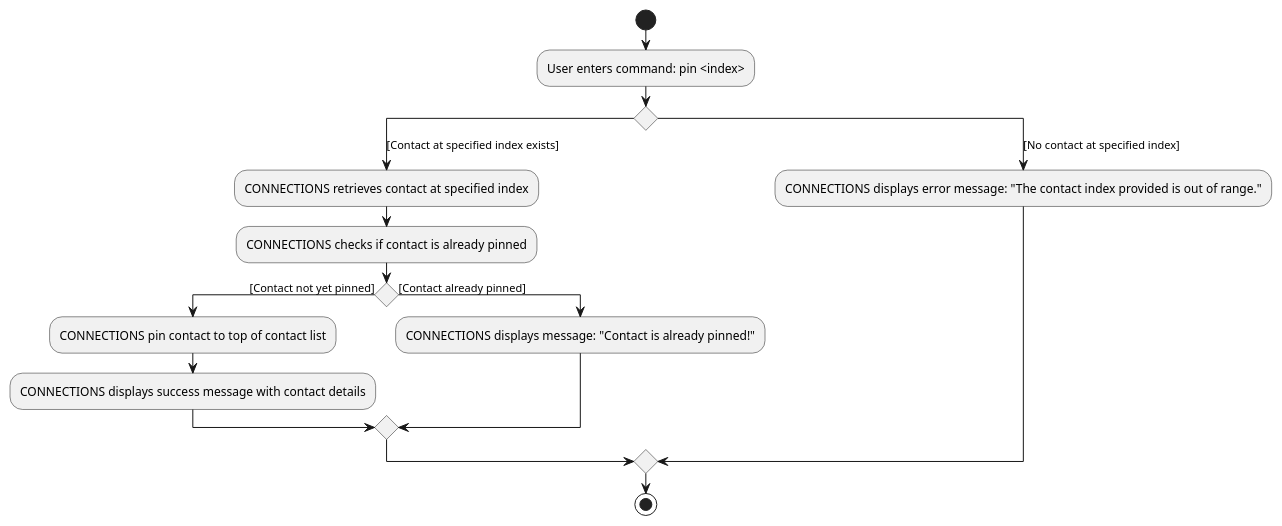
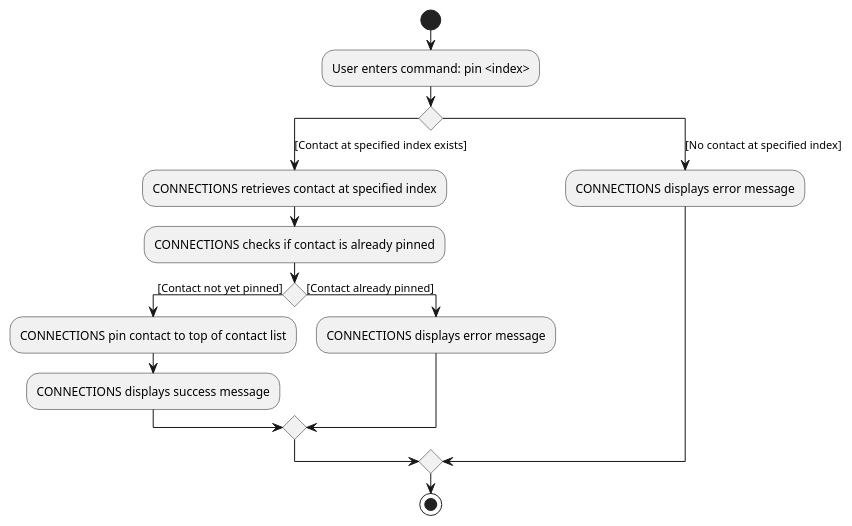
The diagram in docs/diagrams/PinActivityDiagram.puml (nus-cs2103-AY2122S1/tp), drawn with PlantUML before and after one commit. The commit also changed 3 other files, not shown here.

```diff
--- a/docs/diagrams/PinActivityDiagram.puml
+++ b/docs/diagrams/PinActivityDiagram.puml
@@ -1,23 +1,23 @@
 @startuml
 'https://plantuml.com/activity-diagram-beta
 
 start
 :User enters command: pin <index>;
 switch()
 case ([Contact at specified index exists])
   :CONNECTIONS retrieves contact at specified index;
   -CONNECTIONS checks if contact is already pinned
   if () then ([Contact not yet pinned])
     :CONNECTIONS pin contact to top of contact list;
-    -CONNECTIONS displays success message with contact details
+    -CONNECTIONS displays success message
   else ([Contact already pinned])
-    :CONNECTIONS displays message: "Contact is already pinned!";
+    :CONNECTIONS displays error message;
   endif
 case ([No contact at specified index])
-  :CONNECTIONS displays error message: "The contact index provided is out of range.";
+  :CONNECTIONS displays error message;
 endswitch
 
 
 stop
 
 @enduml
```
